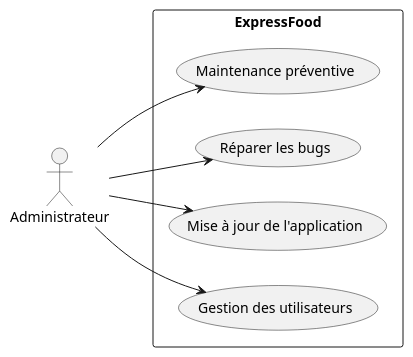
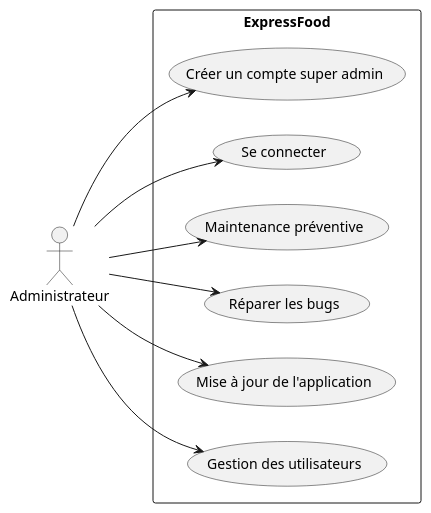
One commit to laurasullyalexandrine/expressfood changed the diagram in UseCase/Administrateur.puml. Above: the diagram before and after it, drawn with PlantUML. The commit also changed 3 other files, not shown here.

```diff
--- a/UseCase/Administrateur.puml
+++ b/UseCase/Administrateur.puml
@@ -2,19 +2,23 @@
 @startuml Administrateur
 
 left to right direction
 
 actor "Administrateur" as Administrateur
 
 rectangle ExpressFood {
-  usecase "Maintenance préventive" as UC1
-  usecase "Réparer les bugs" as UC2
-  usecase "Mise à jour de l'application" as UC3
-  usecase "Gestion des utilisateurs" as UC4
+  usecase "Créer un compte super admin" as UC1
+  usecase "Se connecter" as UC2
+  usecase "Maintenance préventive" as UC3
+  usecase "Réparer les bugs" as UC4
+  usecase "Mise à jour de l'application" as UC5
+  usecase "Gestion des utilisateurs" as UC6
 }
 
 Administrateur --> UC1
 Administrateur --> UC2
 Administrateur --> UC3
 Administrateur --> UC4
+Administrateur --> UC5
+Administrateur --> UC6
 
 @enduml
```
